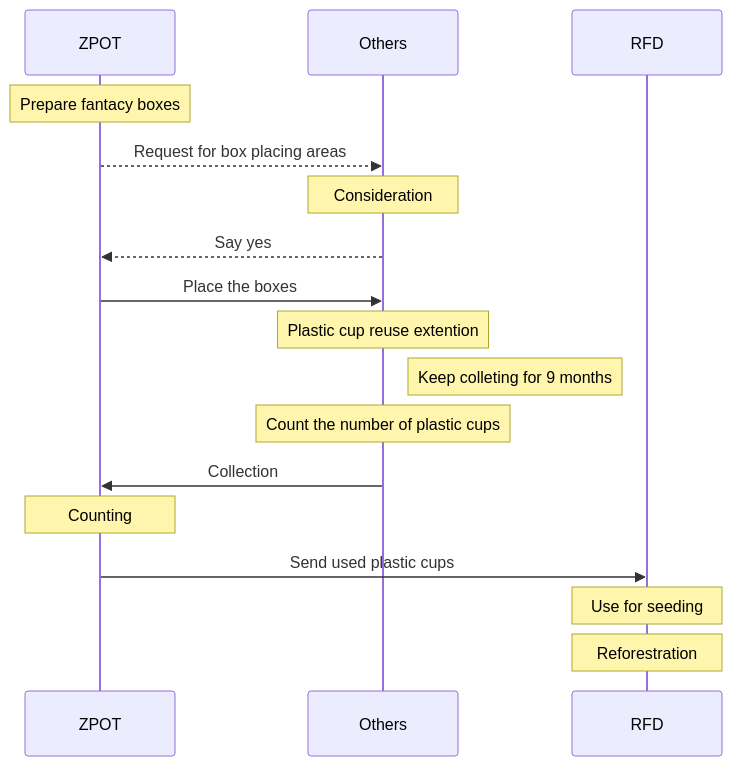
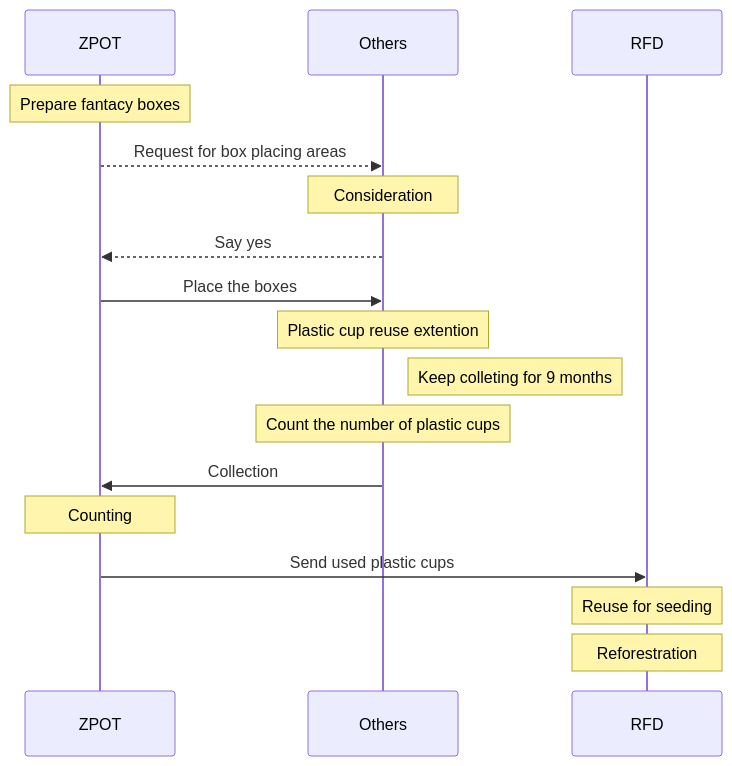
The first of 2 diagrams in README.md (Kietpawpan/carbon), drawn with Mermaid before and after one commit.

````diff
--- a/README.md
+++ b/README.md
@@ -9,16 +9,16 @@
 ```mermaid
 sequenceDiagram
     Note over ZPOT: Prepare fantacy boxes  
     ZPOT-->>Others: Request for box placing areas
     Note over Others: Consideration
     Others-->>ZPOT: Say yes
     ZPOT->>Others: Place the boxes
     Note over Others: Plastic cup reuse extention
     Note right of Others: Keep colleting for 9 months
     Note over Others: Count the number of plastic cups
     Others->>ZPOT: Collection
     Note over ZPOT: Counting
     ZPOT->>RFD: Send used plastic cups
-    Note over RFD: Use for seeding
+    Note over RFD: Reuse for seeding
     Note over RFD: Reforestration
 ```
````
